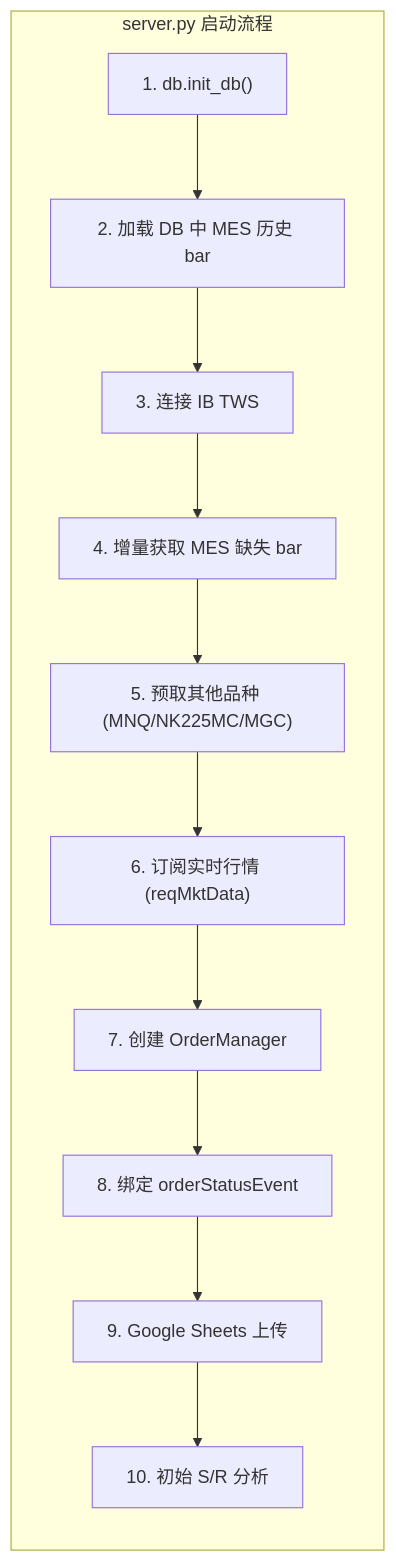
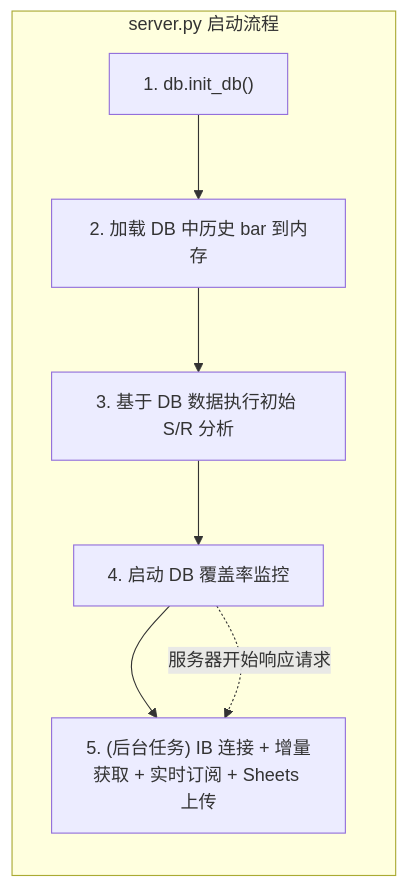
One commit to ditto0907/TradeDev changed the third of 7 diagrams in priceaction/README.md. Above: the diagram before and after it, drawn with Mermaid. The commit also changed other lines of this file, not shown here.

First line of the commit message:
docs: update README with Strategy, Data Validation, Trade History features

````diff
--- a/priceaction/README.md
+++ b/priceaction/README.md
@@ -325,17 +358,13 @@
 ```mermaid
 graph TB
     subgraph 启动生命周期["server.py 启动流程"]
         direction TB
         S1["1. db.init_db()"]
-        S2["2. 加载 DB 中 MES 历史 bar"]
-        S3["3. 连接 IB TWS"]
-        S4["4. 增量获取 MES 缺失 bar"]
-        S5["5. 预取其他品种 (MNQ/NK225MC/MGC)"]
-        S6["6. 订阅实时行情 (reqMktData)"]
-        S7["7. 创建 OrderManager"]
-        S8["8. 绑定 orderStatusEvent"]
-        S9["9. Google Sheets 上传"]
-        S10["10. 初始 S/R 分析"]
-        S1 --> S2 --> S3 --> S4 --> S5 --> S6 --> S7 --> S8 --> S9 --> S10
+        S2["2. 加载 DB 中历史 bar 到内存"]
+        S3["3. 基于 DB 数据执行初始 S/R 分析"]
+        S4["4. 启动 DB 覆盖率监控"]
+        S5["5. (后台任务) IB 连接 + 增量获取 + 实时订阅 + Sheets 上传"]
+        S1 --> S2 --> S3 --> S4 --> S5
+        S4 -.->|"服务器开始响应请求"| S5
     end
 ```
````
